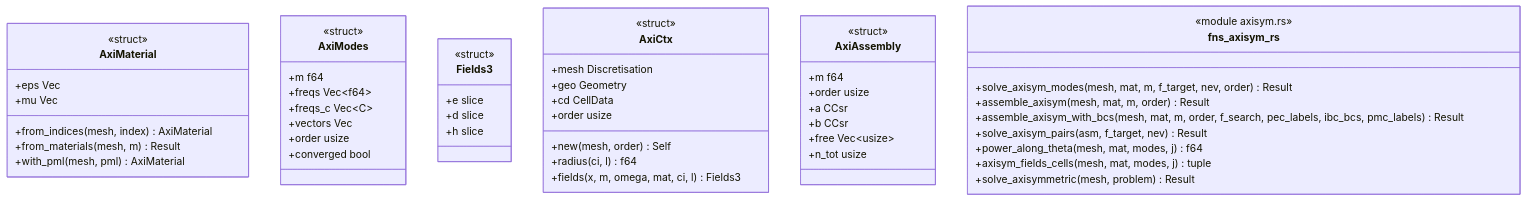
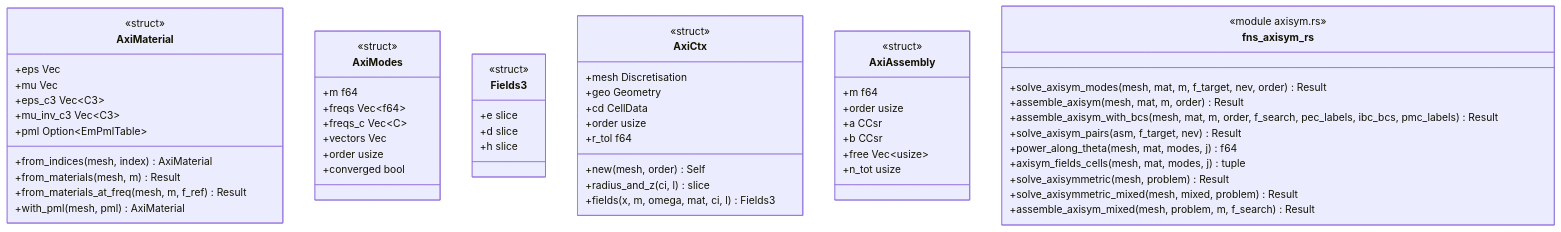
One commit to p-j-r/nyx changed the diagram in docs/architecture/c4/4-code/ems/axisym.md. Above: the diagram before and after it, drawn with Mermaid. The commit also changed other lines of this file and 110 other files, not shown here.

````diff
--- a/docs/architecture/c4/4-code/ems/axisym.md
+++ b/docs/architecture/c4/4-code/ems/axisym.md
@@ -36,55 +37,62 @@
 ```mermaid
 classDiagram
   class AxiMaterial {
       <<struct>>
       +eps Vec
       +mu Vec
+      +eps_c3 Vec~C3~
+      +mu_inv_c3 Vec~C3~
+      +pml Option~EmPmlTable~
       +from_indices(mesh, index) AxiMaterial
       +from_materials(mesh, m) Result
+      +from_materials_at_freq(mesh, m, f_ref) Result
       +with_pml(mesh, pml) AxiMaterial
   }
   class AxiModes {
       <<struct>>
       +m f64
       +freqs Vec~f64~
       +freqs_c Vec~C~
       +vectors Vec
       +order usize
       +converged bool
   }
   class Fields3 {
       <<struct>>
       +e slice
       +d slice
       +h slice
   }
   class AxiCtx {
       <<struct>>
       +mesh Discretisation
       +geo Geometry
       +cd CellData
       +order usize
+      +r_tol f64
       +new(mesh, order) Self
-      +radius(ci, l) f64
+      +radius_and_z(ci, l) slice
       +fields(x, m, omega, mat, ci, l) Fields3
   }
   class AxiAssembly {
       <<struct>>
       +m f64
       +order usize
       +a CCsr
       +b CCsr
       +free Vec~usize~
       +n_tot usize
   }
   class fns_axisym_rs {
       <<module axisym.rs>>
       +solve_axisym_modes(mesh, mat, m, f_target, nev, order) Result
       +assemble_axisym(mesh, mat, m, order) Result
       +assemble_axisym_with_bcs(mesh, mat, m, order, f_search, pec_labels, ibc_bcs, pmc_labels) Result
       +solve_axisym_pairs(asm, f_target, nev) Result
       +power_along_theta(mesh, mat, modes, j) f64
       +axisym_fields_cells(mesh, mat, modes, j) tuple
       +solve_axisymmetric(mesh, problem) Result
+      +solve_axisymmetric_mixed(mesh, mixed, problem) Result
+      +assemble_axisym_mixed(mesh, problem, m, f_search) Result
   }
 ```
````
